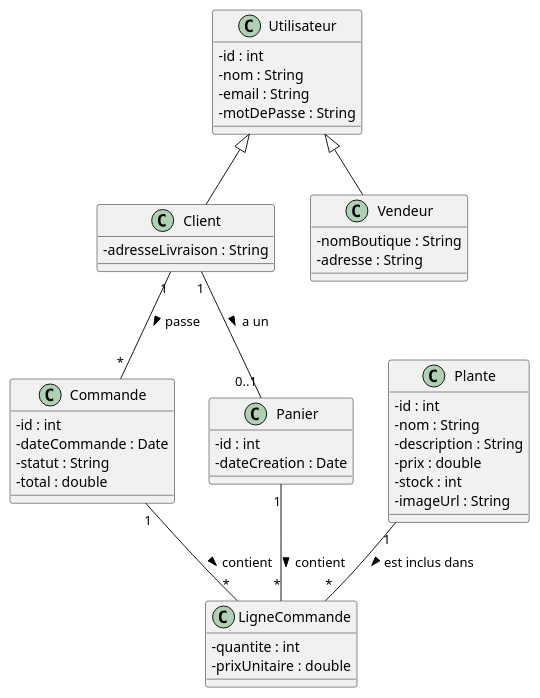
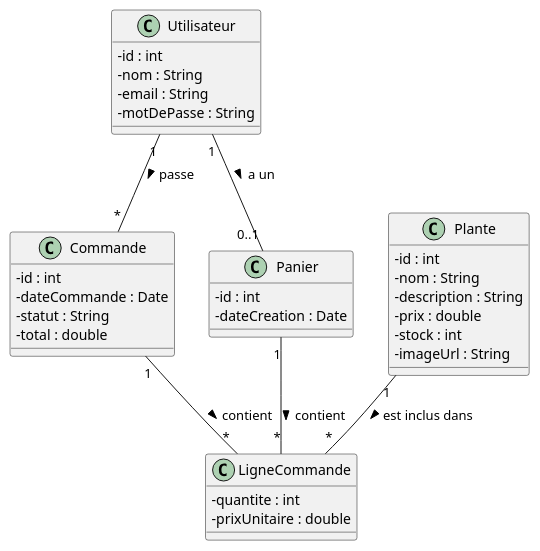
Before and after one commit to mimi222824/vente-plantes-en-ligne: the diagram in class_diagram.puml, drawn with PlantUML.

```diff
--- a/class_diagram.puml
+++ b/class_diagram.puml
@@ -1,58 +1,46 @@
 @startuml
 skinparam classAttributeIconSize 0
 
 class Utilisateur {
   - id : int
   - nom : String
   - email : String
   - motDePasse : String
-}
-
-class Client {
-  - adresseLivraison : String
-}
-
-class Vendeur {
-  - nomBoutique : String
-  - adresse : String
 }
 
 class Plante {
   - id : int
   - nom : String
   - description : String
   - prix : double
   - stock : int
   - imageUrl : String
 }
 
 class Commande {
   - id : int
   - dateCommande : Date
   - statut : String
   - total : double
 }
 
 class LigneCommande {
   - quantite : int
   - prixUnitaire : double
 }
 
 class Panier {
   - id : int
   - dateCreation : Date
 }
 
-Utilisateur <|-- Client
-Utilisateur <|-- Vendeur
-
-Client "1" -- "0..1" Panier : a un >
+Utilisateur "1" -- "0..1" Panier : a un >
 
 Panier "1" -- "*" LigneCommande : contient >
 
 Plante "1" -- "*" LigneCommande : est inclus dans >
 
-Client "1" -- "*" Commande : passe >
+Utilisateur "1" -- "*" Commande : passe >
 
 Commande "1" -- "*" LigneCommande : contient >
 @enduml
```
